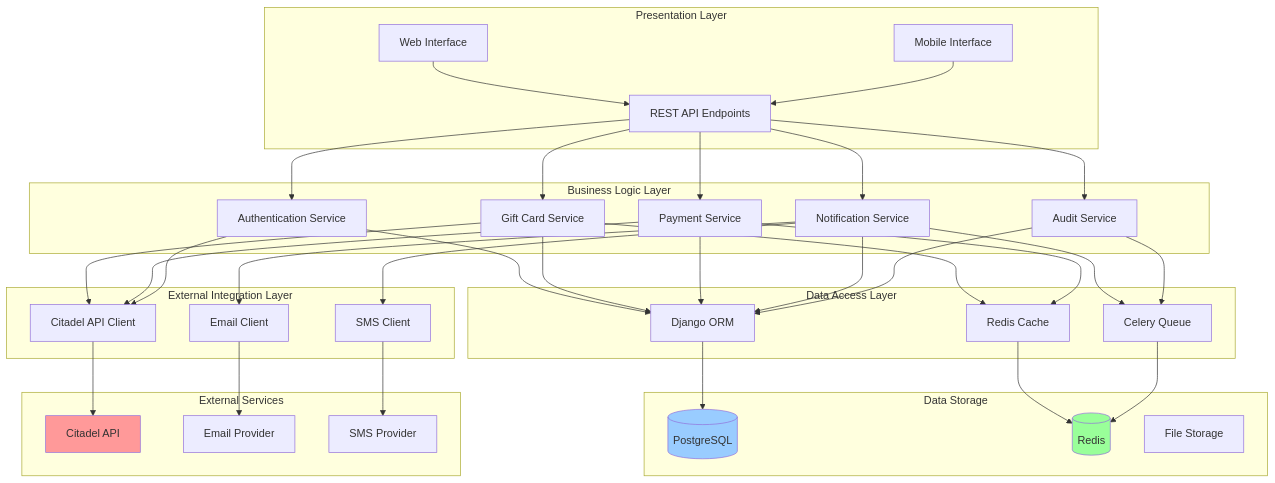
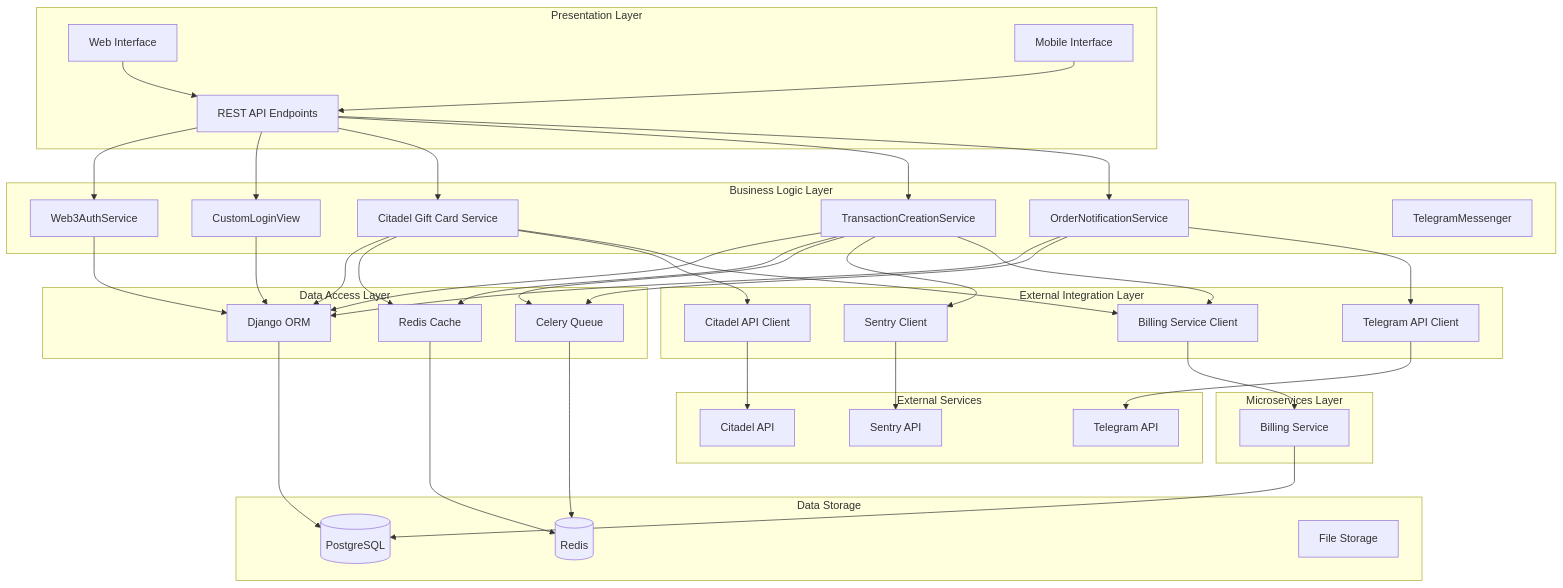
Before and after one commit to ShuGc/testEmployeeCrud: diagram 28 of 31 in README.md, drawn with Mermaid. The commit also changed other lines of this file, not shown here.

````diff
--- a/README.md
+++ b/README.md
@@ -1250,80 +1378,137 @@
-```mermaid
+::: mermaid
+
 graph TB
-    subgraph "Presentation Layer"
-        WebUI[Web Interface]
-        MobileUI[Mobile Interface]
-        API[REST API Endpoints]
-    end
-    
-    subgraph "Business Logic Layer"
-        AuthService[Authentication Service]
-        GCService[Gift Card Service]
-        PayService[Payment Service]
-        NotifService[Notification Service]
-        AuditService[Audit Service]
-    end
-    
-    subgraph "Data Access Layer"
-        ORM[Django ORM]
-        Cache[Redis Cache]
-        Queue[Celery Queue]
-    end
-    
-    subgraph "External Integration Layer"
-        CitadelClient[Citadel API Client]
-        EmailClient[Email Client]
-        SMSClient[SMS Client]
-    end
-    
-    subgraph "Data Storage"
-        PostgreSQL[(PostgreSQL)]
-        Redis[(Redis)]
-        Files[File Storage]
-    end
-    
-    subgraph "External Services"
-        CitadelAPI[Citadel API]
-        EmailProvider[Email Provider]
-        SMSProvider[SMS Provider]
-    end
-    
-    WebUI --> API
-    MobileUI --> API
-    
-    API --> AuthService
-    API --> GCService
-    API --> PayService
-    API --> NotifService
-    API --> AuditService
-    
-    AuthService --> ORM
-    GCService --> ORM
-    PayService --> ORM
-    NotifService --> ORM
-    AuditService --> ORM
-    
-    GCService --> Cache
-    PayService --> Cache
-    
-    NotifService --> Queue
-    AuditService --> Queue
-    
-    GCService --> CitadelClient
-    PayService --> CitadelClient
-    AuthService --> CitadelClient
-    
-    NotifService --> EmailClient
-    NotifService --> SMSClient
-    
-    ORM --> PostgreSQL
-    Cache --> Redis
-    Queue --> Redis
-    
-    CitadelClient --> CitadelAPI
-    EmailClient --> EmailProvider
-    SMSClient --> SMSProvider
-    
-    style CitadelAPI fill:#ff9999
-    style PostgreSQL fill:#99ccff
-    style Redis fill:#99ff99
-```
+
+subgraph Presentation["Presentation Layer"]
+
+WebUI["Web Interface"]
+
+MobileUI["Mobile Interface"]
+
+API["REST API Endpoints"]
+
+end
+
+subgraph Business["Business Logic Layer"]
+
+Web3Auth["Web3AuthService"]
+
+CustomLogin["CustomLoginView"]
+
+GCService["Citadel Gift Card Service"]
+
+TransactionService["TransactionCreationService"]
+
+OrderNotif["OrderNotificationService"]
+
+Telegram["TelegramMessenger"]
+
+end
+
+subgraph Microservices["Microservices Layer"]
+
+BillingService["Billing Service"]
+
+end
+
+subgraph DataAccess["Data Access Layer"]
+
+ORM["Django ORM"]
+
+Cache["Redis Cache"]
+
+Queue["Celery Queue"]
+
+end
+
+subgraph External["External Integration Layer"]
+
+CitadelClient["Citadel API Client"]
+
+TelegramClient["Telegram API Client"]
+
+SentryClient["Sentry Client"]
+
+BillingClient["Billing Service Client"]
+
+end
+
+subgraph Storage["Data Storage"]
+
+PostgreSQL[("PostgreSQL")]
+
+Redis[("Redis")]
+
+Files["File Storage"]
+
+end
+
+subgraph Services["External Services"]
+
+CitadelAPI["Citadel API"]
+
+TelegramAPI["Telegram API"]
+
+SentryAPI["Sentry API"]
+
+end
+
+WebUI --> API
+
+MobileUI --> API
+
+API --> Web3Auth
+
+API --> CustomLogin
+
+API --> GCService
+
+API --> TransactionService
+
+API --> OrderNotif
+
+Web3Auth --> ORM
+
+CustomLogin --> ORM
+
+GCService --> ORM
+
+TransactionService --> ORM
+
+OrderNotif --> ORM
+
+GCService --> Cache
+
+TransactionService --> Cache
+
+OrderNotif --> Queue
+
+TransactionService --> Queue
+
+GCService --> CitadelClient
+
+OrderNotif --> TelegramClient
+
+TransactionService --> SentryClient
+
+GCService --> BillingClient
+
+TransactionService --> BillingClient
+
+BillingClient --> BillingService
+
+ORM --> PostgreSQL
+
+Cache --> Redis
+
+Queue --> Redis
+
+BillingService --> PostgreSQL
+
+CitadelClient --> CitadelAPI
+
+TelegramClient --> TelegramAPI
+
+SentryClient --> SentryAPI
+
+:::
````
